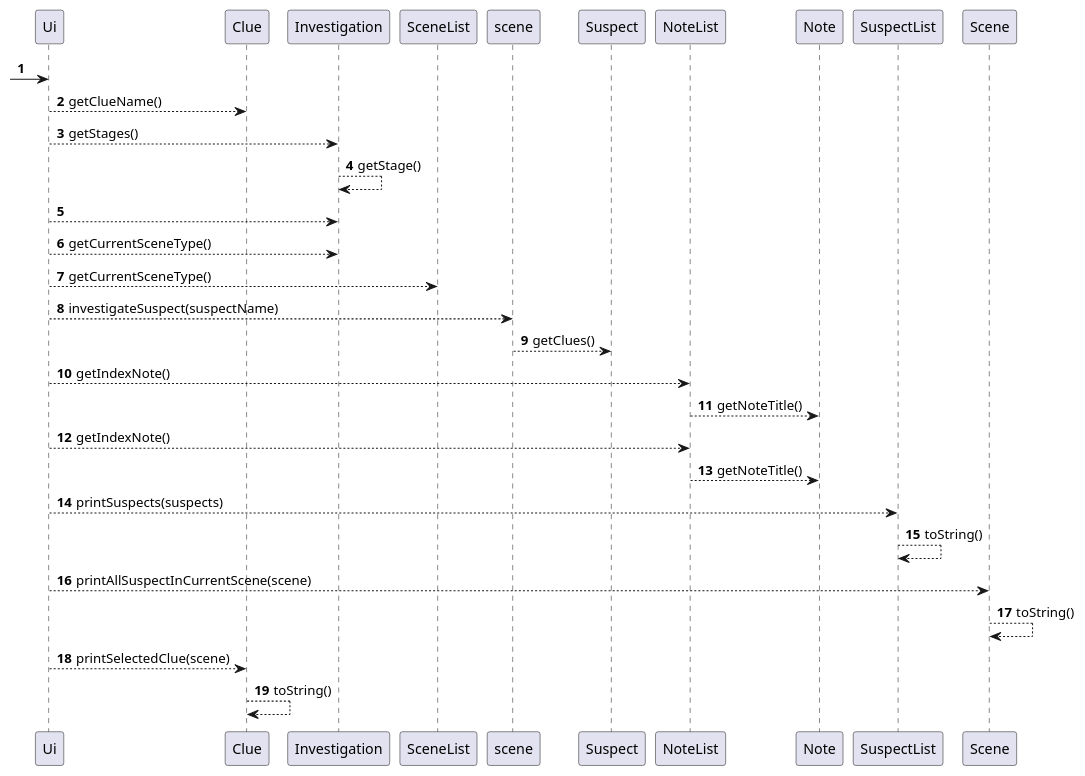
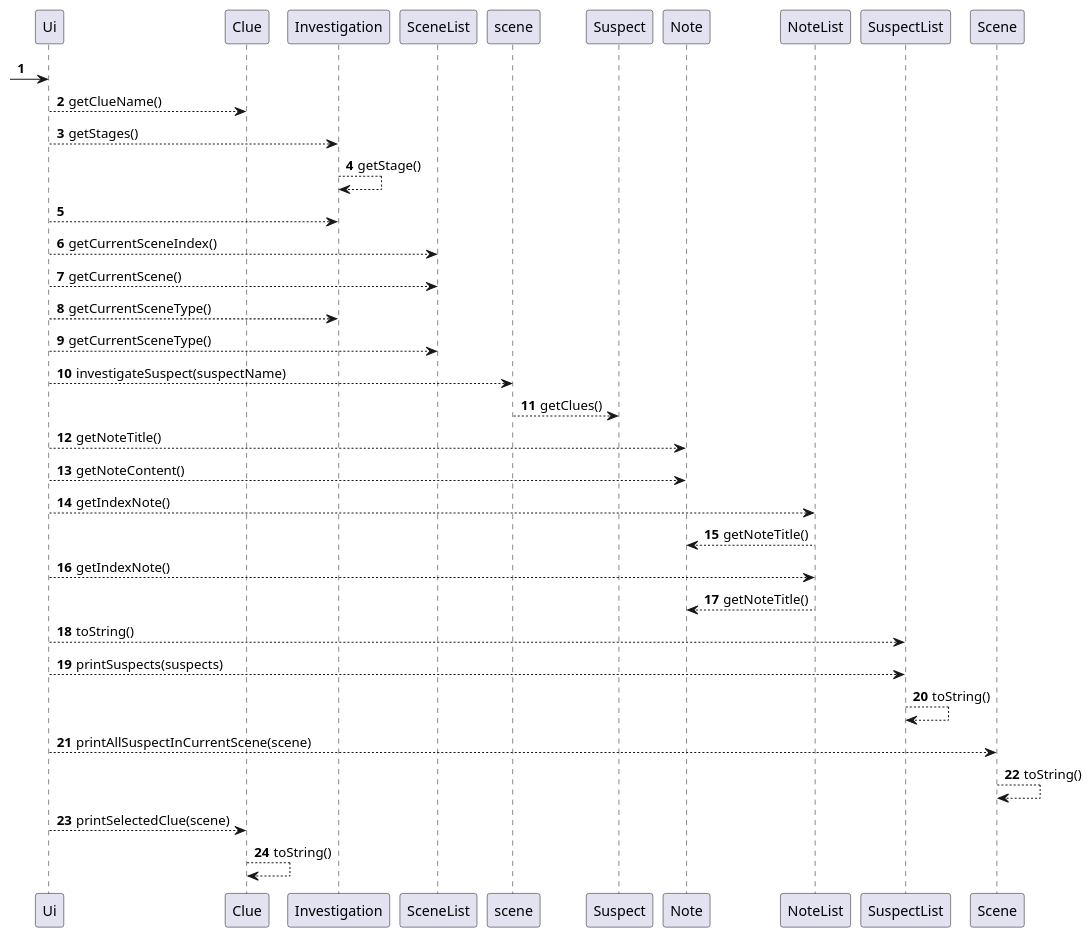
One commit to peng-217/tp changed the diagram in docs/team/UiUML.puml. Above: the diagram before and after it, drawn with PlantUML. The commit also changed 10 other files, not shown here.

```diff
--- a/docs/team/UiUML.puml
+++ b/docs/team/UiUML.puml
@@ -1,30 +1,34 @@
 @startuml
 'https://plantuml.com/sequence-diagram
 
 autonumber
 
  ->Ui:
 Ui --> Clue:getClueName()
 Ui --> Investigation : getStages()
 Investigation --> Investigation:getStage()
 Investigation <-- Ui
+Ui --> SceneList:getCurrentSceneIndex()
+Ui --> SceneList:getCurrentScene()
 Ui --> Investigation:getCurrentSceneType()
 Ui --> SceneList:getCurrentSceneType()
 Ui --> scene:investigateSuspect(suspectName)
 scene --> Suspect:getClues()
+Ui --> Note: getNoteTitle()
+Ui --> Note: getNoteContent()
 Ui --> NoteList:getIndexNote()
 NoteList --> Note: getNoteTitle()
 Ui --> NoteList:getIndexNote()
 NoteList --> Note: getNoteTitle()
-
+Ui --> SuspectList:toString()
 Ui --> SuspectList:printSuspects(suspects)
 SuspectList --> SuspectList:toString()
 Ui --> Scene:printAllSuspectInCurrentScene(scene)
 Scene --> Scene: toString()
 Ui --> Clue:printSelectedClue(scene)
 Clue --> Clue: toString()
 
 
 
 
 @enduml
```
